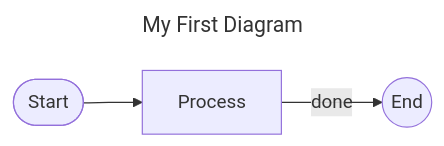
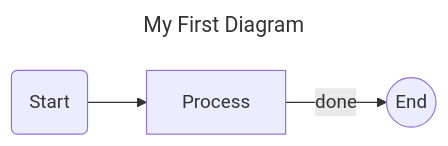
Before and after one commit to iokdigital/go-mermaid: the diagram in docs/user-guide.md, drawn with Mermaid. The commit also changed other lines of this file, not shown here.

````diff
--- a/docs/user-guide.md
+++ b/docs/user-guide.md
@@ -91,11 +95,11 @@
 ```mermaid
 ---
 title: My First Diagram
 ---
 flowchart LR
-  A([Start])
+  A(Start)
   B[Process]
   C((End))
   A --> B
   B -->|done| C
 ```
````
